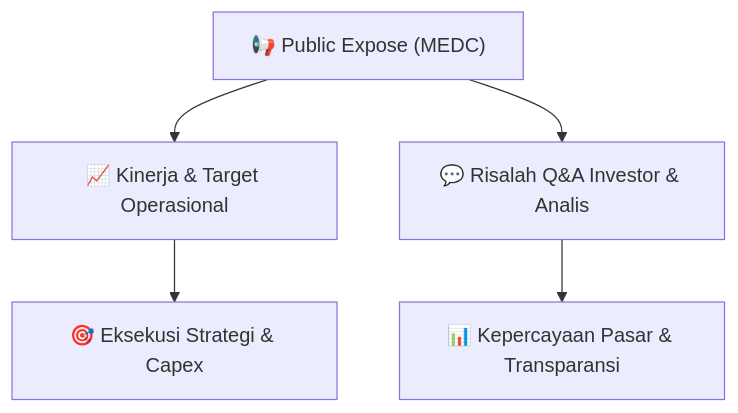
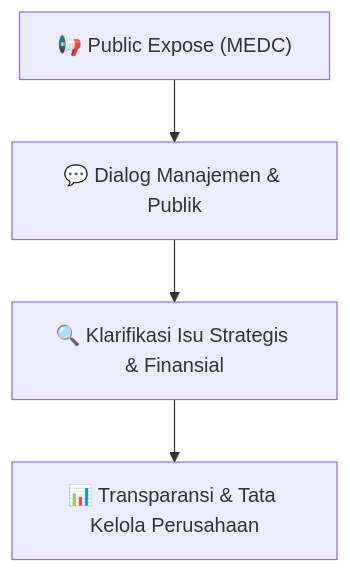
Before and after one commit to anYoneo/alphadigest-idx: the diagram in reports/summaries/public-exposes/hasil-pubex/MEDC_Public_Expose_20260911.md, drawn with Mermaid. The commit also changed other lines of this file and 526 other files, not shown here.

````diff
--- a/reports/summaries/public-exposes/hasil-pubex/MEDC_Public_Expose_20260911.md
+++ b/reports/summaries/public-exposes/hasil-pubex/MEDC_Public_Expose_20260911.md
@@ -15,7 +125,6 @@
 ```mermaid
 flowchart TD
-    A["📢 Public Expose (MEDC)"] --> B["📈 Kinerja & Target Operasional"]
-    A --> C["💬 Risalah Q&A Investor & Analis"]
-    B --> D["🎯 Eksekusi Strategi & Capex"]
-    C --> E["📊 Kepercayaan Pasar & Transparansi"]
+    A["📢 Public Expose (MEDC)"] --> B["💬 Dialog Manajemen & Publik"]
+    B --> C["🔍 Klarifikasi Isu Strategis & Finansial"]
+    C --> D["📊 Transparansi & Tata Kelola Perusahaan"]
 ```
````
